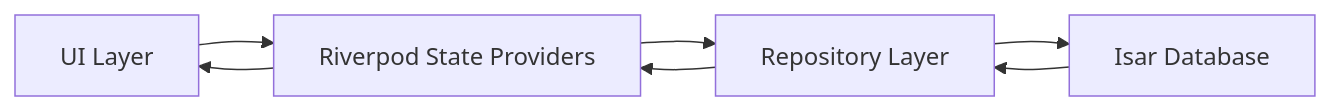
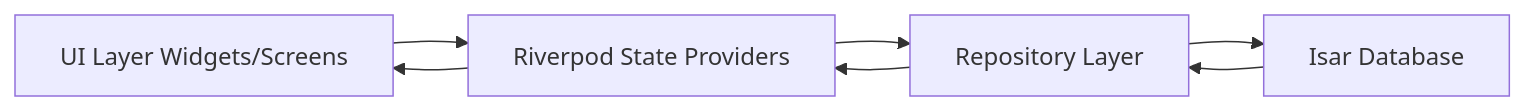
Before and after one commit to DhruvChaurasia9403/Spendwise: the second of 2 diagrams in README.md, drawn with Mermaid. The commit also changed other lines of this file and 14 other files, not shown here.

````diff
--- a/README.md
+++ b/README.md
@@ -37,10 +79,10 @@
 ```mermaid
 flowchart LR
-UI[UI Layer] --> State[Riverpod State Providers]
+UI[UI Layer Widgets/Screens] --> State[Riverpod State Providers]
 State --> Repo[Repository Layer]
 Repo --> DB[Isar Database]
 
     DB --> Repo
     Repo --> State
     State --> UI
 ```
````
